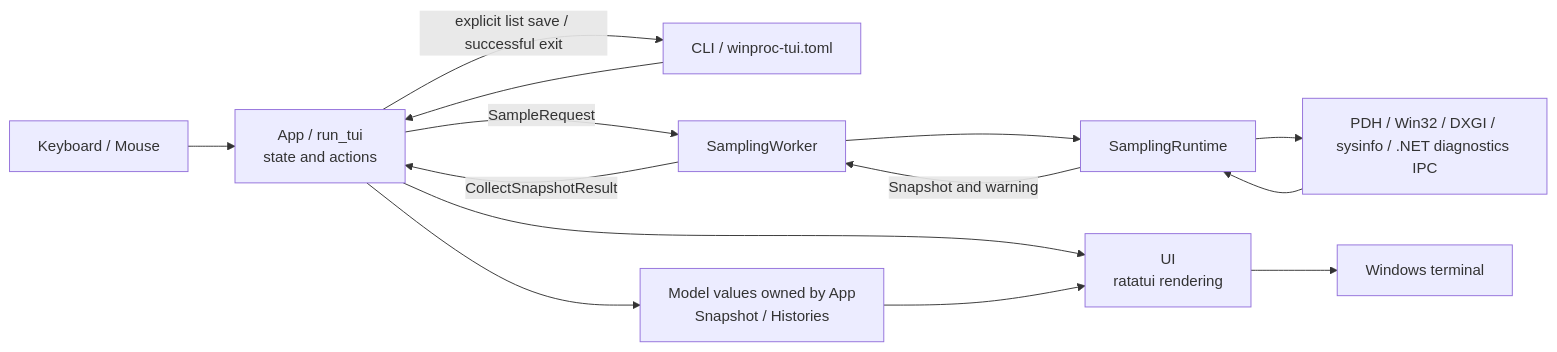
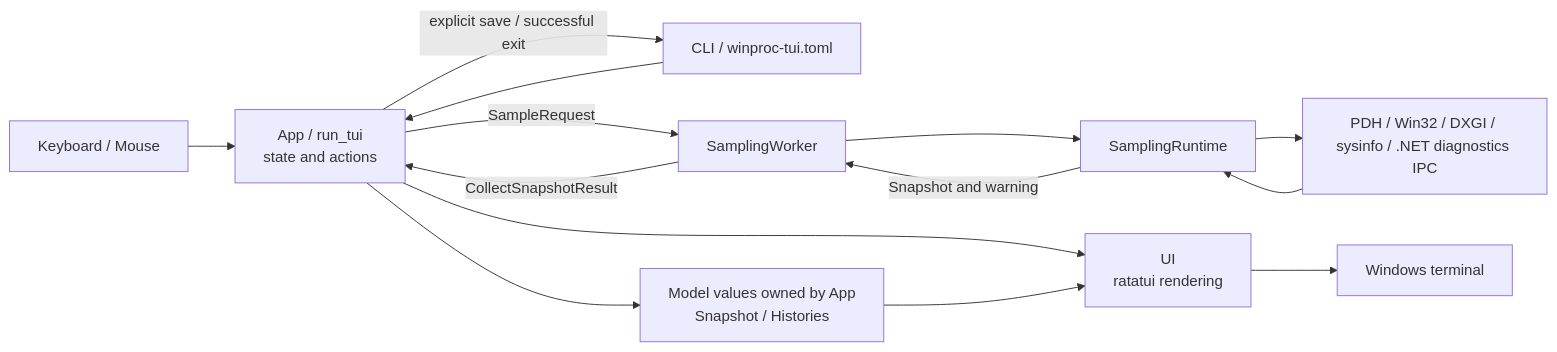
The diagram in docs/architecture.md (TX230/winproc-tui), drawn with Mermaid before and after one commit. The commit also changed other lines of this file and 20 other files, not shown here.

````diff
--- a/docs/architecture.md
+++ b/docs/architecture.md
@@ -11,18 +22,18 @@
 ```mermaid
 flowchart LR
     Input["Keyboard / Mouse"] --> App["App / run_tui<br/>state and actions"]
     Config["CLI / winproc-tui.toml"] --> App
 
     App -->|SampleRequest| Worker["SamplingWorker"]
     Worker --> Runtime["SamplingRuntime"]
     Runtime --> Windows["PDH / Win32 / DXGI / sysinfo / .NET diagnostics IPC"]
     Windows --> Runtime
     Runtime -->|Snapshot and warning| Worker
     Worker -->|CollectSnapshotResult| App
 
     App --> Model["Model values owned by App<br/>Snapshot / Histories"]
     App --> UI["UI<br/>ratatui rendering"]
     Model --> UI
     UI --> Terminal["Windows terminal"]
-    App -->|explicit list save / successful exit| Config
+    App -->|explicit save / successful exit| Config
 ```
````
